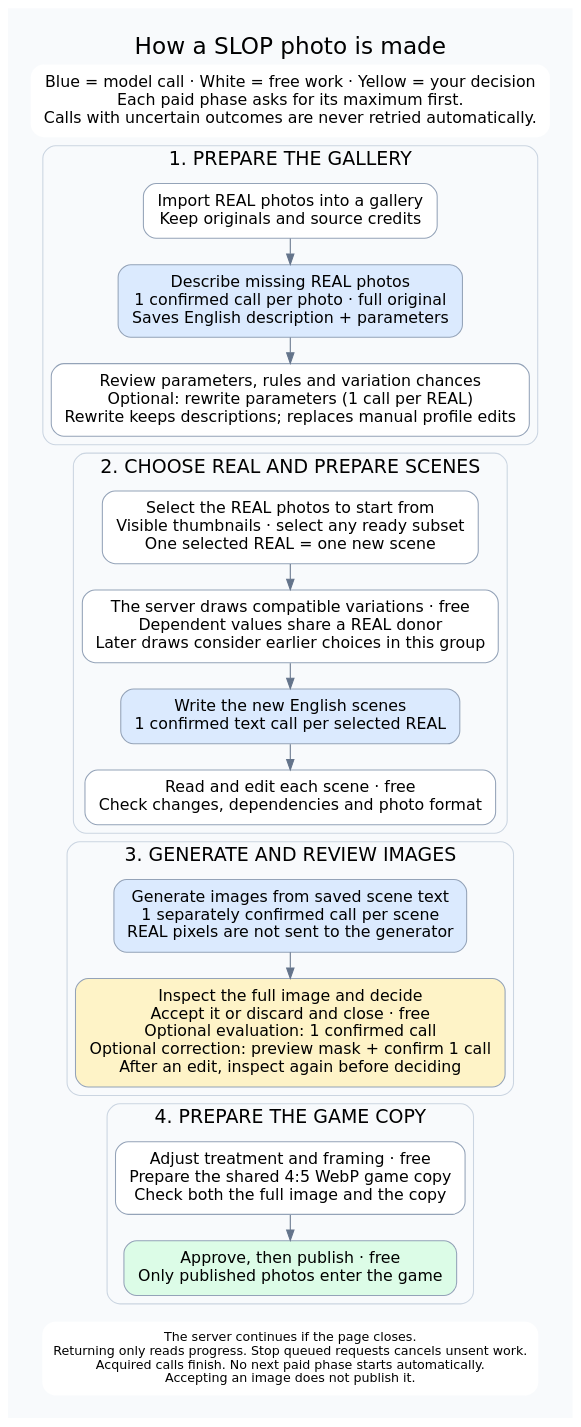
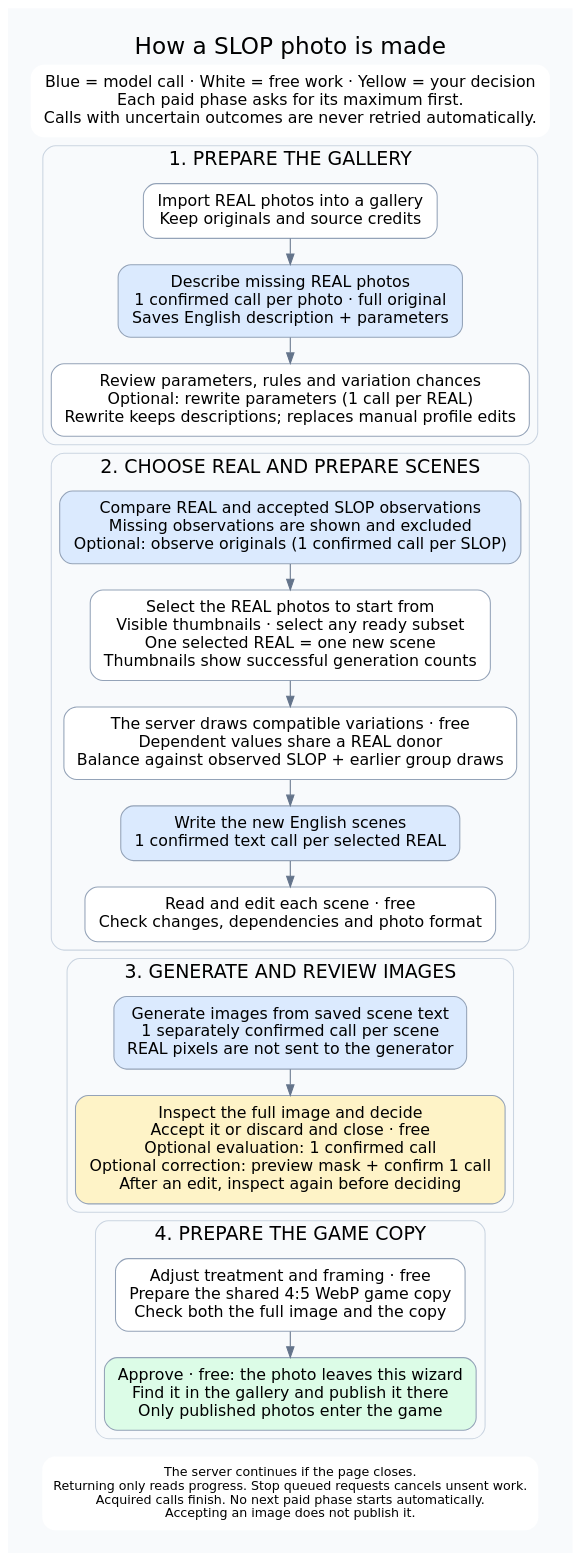
The diagram in docs/assets/pipeline-slop.dot (rickymusu-bit/real-or-slop), drawn with Graphviz before and after one commit. The commit also changed 21 other files, not shown here.

Commit message:
Use observed SLOP profiles, count REAL generations and finish approval in the gallery

```diff
--- a/docs/assets/pipeline-slop.dot
+++ b/docs/assets/pipeline-slop.dot
@@ -1,36 +1,37 @@
 digraph pipeline {
  graph [rankdir=TB,bgcolor="#f8fafc",pad="0.3",nodesep="0.3",ranksep="0.35",fontname="DejaVu Sans",fontsize=22,label="How a SLOP photo is made",labelloc=t,compound=true];
  node [shape=box,style="rounded,filled",fillcolor=white,color="#94a3b8",fontname="DejaVu Sans",fontsize=15,margin="0.18,0.12"];
  edge [color="#64748b",fontname="DejaVu Sans",fontsize=12];
  legend [shape=plaintext,label="Blue = model call · White = free work · Yellow = your decision\nEach paid phase asks for its maximum first.\nCalls with uncertain outcomes are never retried automatically."];
  subgraph cluster_prepare {
   label="1. PREPARE THE GALLERY"; color="#cbd5e1"; style=rounded; fontsize=18;
   real [label="Import REAL photos into a gallery\nKeep originals and source credits"];
   describe [label="Describe missing REAL photos\n1 confirmed call per photo · full original\nSaves English description + parameters",fillcolor="#dbeafe"];
   settings [label="Review parameters, rules and variation chances\nOptional: rewrite parameters (1 call per REAL)\nRewrite keeps descriptions; replaces manual profile edits"];
   real -> describe -> settings;
  }
  subgraph cluster_choose {
   label="2. CHOOSE REAL AND PREPARE SCENES";color="#cbd5e1";style=rounded;fontsize=18;
-  choose [label="Select the REAL photos to start from\nVisible thumbnails · select any ready subset\nOne selected REAL = one new scene"];
-  draw [label="The server draws compatible variations · free\nDependent values share a REAL donor\nLater draws consider earlier choices in this group"];
+  choose [label="Select the REAL photos to start from\nVisible thumbnails · select any ready subset\nOne selected REAL = one new scene\nThumbnails show successful generation counts"];
+  coverage [label="Compare REAL and accepted SLOP observations\nMissing observations are shown and excluded\nOptional: observe originals (1 confirmed call per SLOP)",fillcolor="#dbeafe"];
+  draw [label="The server draws compatible variations · free\nDependent values share a REAL donor\nBalance against observed SLOP + earlier group draws"];
   scene [label="Write the new English scenes\n1 confirmed text call per selected REAL",fillcolor="#dbeafe"];
   review [label="Read and edit each scene · free\nCheck changes, dependencies and photo format"];
-  choose -> draw -> scene -> review;
+  coverage -> choose -> draw -> scene -> review;
  }
  subgraph cluster_images {
   label="3. GENERATE AND REVIEW IMAGES";color="#cbd5e1";style=rounded;fontsize=18;
   generate [label="Generate images from saved scene text\n1 separately confirmed call per scene\nREAL pixels are not sent to the generator",fillcolor="#dbeafe"];
   inspect [label="Inspect the full image and decide\nAccept it or discard and close · free\nOptional evaluation: 1 confirmed call\nOptional correction: preview mask + confirm 1 call\nAfter an edit, inspect again before deciding",fillcolor="#fef3c7"];
   generate -> inspect;
 
  }
  subgraph cluster_finish {
   label="4. PREPARE THE GAME COPY";color="#cbd5e1";style=rounded;fontsize=18;
   copy [label="Adjust treatment and framing · free\nPrepare the shared 4:5 WebP game copy\nCheck both the full image and the copy"];
-  publish [label="Approve, then publish · free\nOnly published photos enter the game",fillcolor="#dcfce7"];
+  publish [label="Approve · free: the photo leaves this wizard\nFind it in the gallery and publish it there\nOnly published photos enter the game",fillcolor="#dcfce7"];
   copy -> publish;
  }
  notes [shape=plaintext,fontsize=12,label="The server continues if the page closes.\nReturning only reads progress. Stop queued requests cancels unsent work.\nAcquired calls finish. No next paid phase starts automatically.\nAccepting an image does not publish it."];
- legend -> real [style=invis];settings -> choose [style=invis];review -> generate [style=invis];inspect -> copy [style=invis];publish -> notes [style=invis];
+ legend -> real [style=invis];settings -> coverage [style=invis];review -> generate [style=invis];inspect -> copy [style=invis];publish -> notes [style=invis];
 }
```
